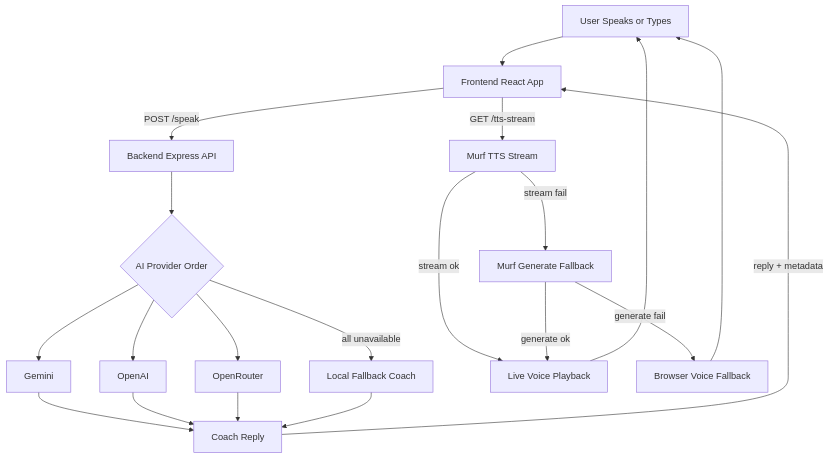
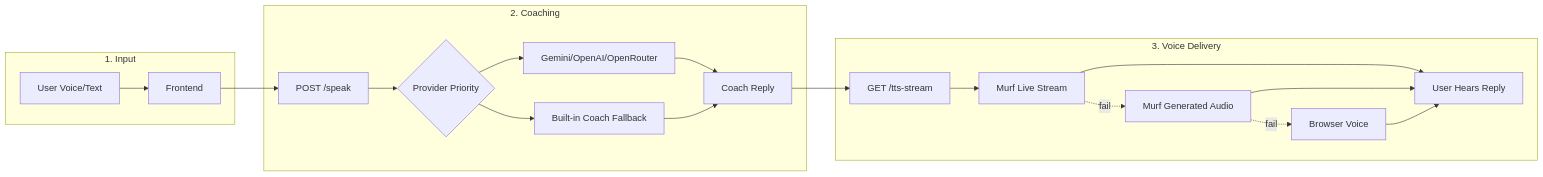
One commit to athiq2u/MoonSpeak-AI changed the first of 2 diagrams in README.md. Above: the diagram before and after it, drawn with Mermaid. The commit also changed other lines of this file, not shown here.

Commit message:
docs: simplify and polish README flowcharts

````diff
--- a/README.md
+++ b/README.md
@@ -64,22 +64,31 @@
 ```mermaid
-flowchart TD
-  U[User Speaks or Types] --> F[Frontend React App]
-  F -->|POST /speak| B[Backend Express API]
-  B --> A{AI Provider Order}
-  A --> G[Gemini]
-  A --> O[OpenAI]
-  A --> R[OpenRouter]
-  G --> C[Coach Reply]
-  O --> C
-  R --> C
-  A -->|all unavailable| L[Local Fallback Coach]
-  L --> C
-  C -->|reply + metadata| F
-  F -->|GET /tts-stream| T[Murf TTS Stream]
-  T -->|stream ok| V[Live Voice Playback]
-  T -->|stream fail| TG[Murf Generate Fallback]
-  TG -->|generate ok| V
-  TG -->|generate fail| BV[Browser Voice Fallback]
-  V --> U
-  BV --> U
+flowchart LR
+  subgraph S1[1. Input]
+    U[User Voice/Text]
+    FE[Frontend]
+    U --> FE
+  end
+
+  subgraph S2[2. Coaching]
+    API[POST /speak]
+    PRI{Provider Priority}
+    LIVE[Gemini/OpenAI/OpenRouter]
+    FALL[Built-in Coach Fallback]
+    REPLY[Coach Reply]
+    FE --> API --> PRI
+    PRI --> LIVE --> REPLY
+    PRI --> FALL --> REPLY
+  end
+
+  subgraph S3[3. Voice Delivery]
+    TTS[GET /tts-stream]
+    STREAM[Murf Live Stream]
+    GEN[Murf Generated Audio]
+    BROWSER[Browser Voice]
+    PLAY[User Hears Reply]
+    REPLY --> TTS --> STREAM
+    STREAM --> PLAY
+    STREAM -. fail .-> GEN --> PLAY
+    GEN -. fail .-> BROWSER --> PLAY
+  end
 ```
````
